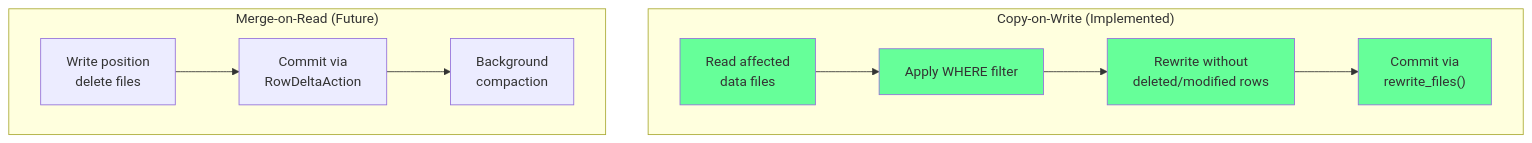
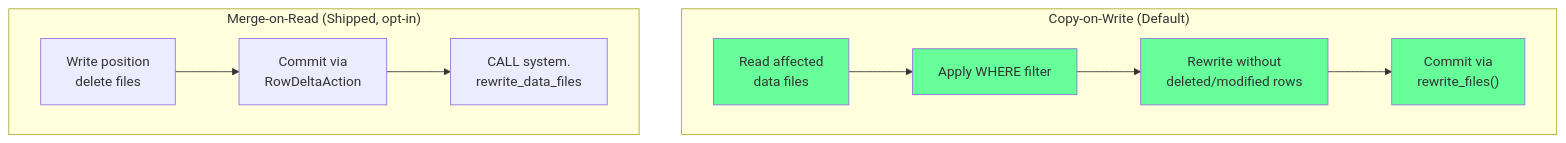
The second of 3 diagrams in docs/site/book/src/development/roadmap.md (schubergphilis/sqe), drawn with Mermaid before and after one commit. The commit also changed other lines of this file and 1 other file, not shown here.

First line of the commit message:
docs(roadmap): sweep roadmap up to July 2026 shipped features

````diff
--- a/docs/site/book/src/development/roadmap.md
+++ b/docs/site/book/src/development/roadmap.md
@@ -83,18 +89,18 @@
 ```mermaid
 graph TB
-    subgraph "Copy-on-Write (Implemented)"
+    subgraph "Copy-on-Write (Default)"
         READ["Read affected<br/>data files"] --> FILTER["Apply WHERE filter"]
         FILTER --> REWRITE["Rewrite without<br/>deleted/modified rows"]
         REWRITE --> COMMIT["Commit via<br/>rewrite_files()"]
     end
 
-    subgraph "Merge-on-Read (Future)"
+    subgraph "Merge-on-Read (Shipped, opt-in)"
         DELFILE["Write position<br/>delete files"] --> COMMITDEL["Commit via<br/>RowDeltaAction"]
-        COMMITDEL --> COMPACT["Background<br/>compaction"]
+        COMMITDEL --> COMPACT["CALL system.<br/>rewrite_data_files"]
     end
 
     style READ fill:#6f9
     style FILTER fill:#6f9
     style REWRITE fill:#6f9
     style COMMIT fill:#6f9
 ```
````
